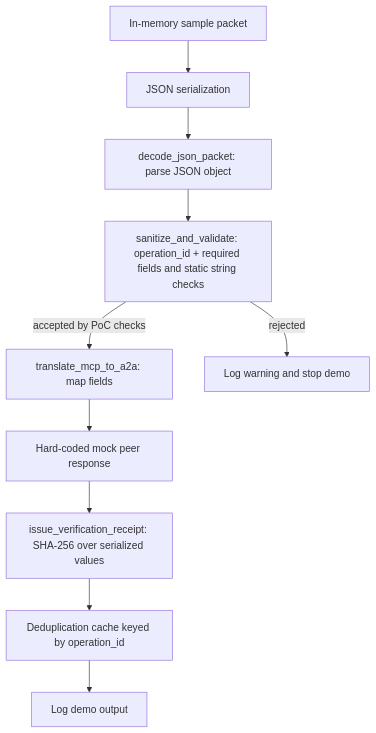
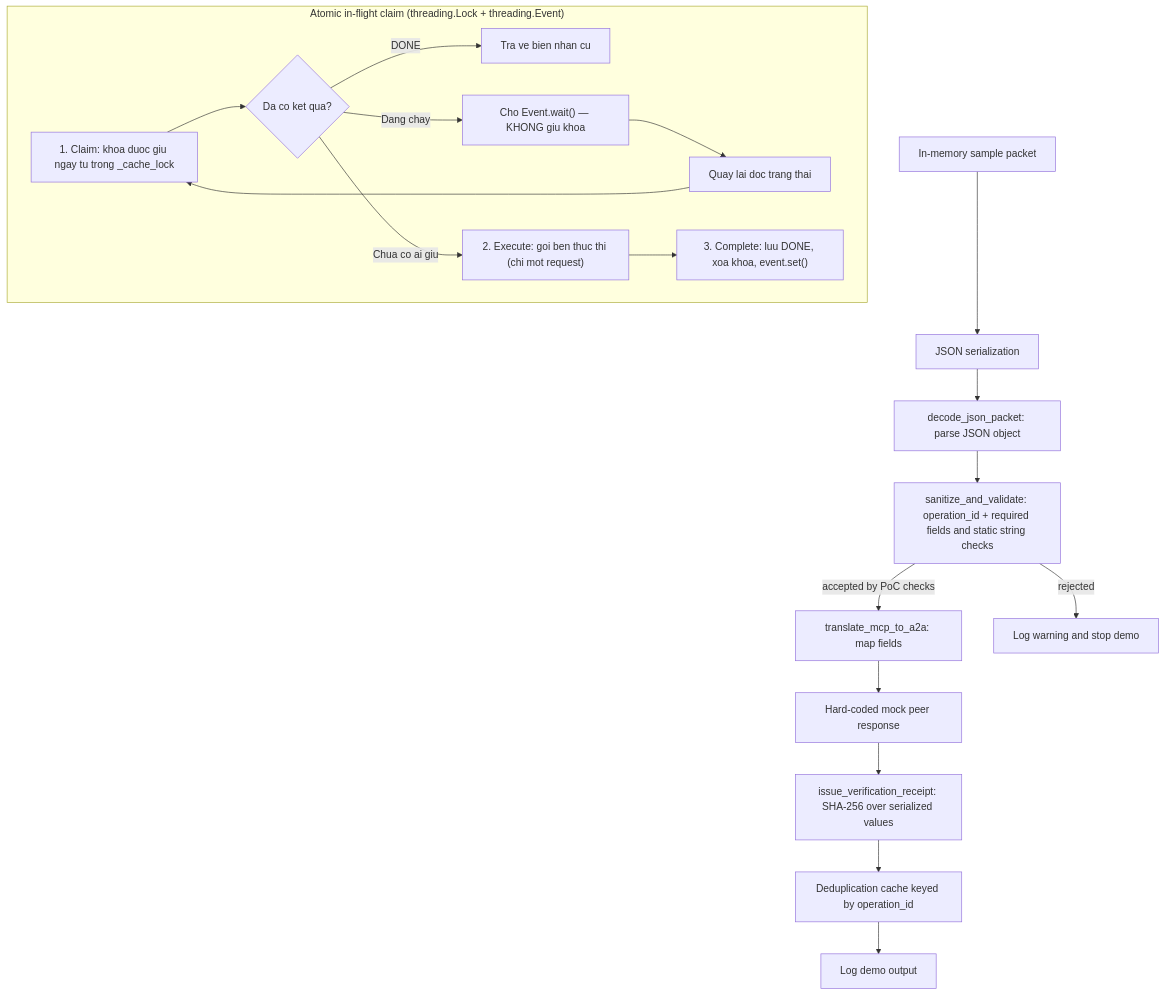
One commit to nan-nexus-network/ai2ai-core changed the diagram in ARCHITECTURE.md. Above: the diagram before and after it, drawn with Mermaid. The commit also changed other lines of this file and 7 other files, not shown here.

````diff
--- a/ARCHITECTURE.md
+++ b/ARCHITECTURE.md
@@ -9,12 +9,23 @@
 ```mermaid
 flowchart TD
     A[In-memory sample packet] --> B[JSON serialization]
     B --> C[decode_json_packet: parse JSON object]
     C --> D[sanitize_and_validate: operation_id + required fields and static string checks]
     D -->|accepted by PoC checks| E[translate_mcp_to_a2a: map fields]
     D -->|rejected| X[Log warning and stop demo]
     E --> F[Hard-coded mock peer response]
     F --> G[issue_verification_receipt: SHA-256 over serialized values]
     G --> H[Deduplication cache keyed by operation_id]
     H --> I[Log demo output]
+
+    subgraph IDEMPOTENCY["Atomic in-flight claim (threading.Lock + threading.Event)"]
+        direction LR
+        L1["1. Claim: khoa duoc giu ngay tu trong _cache_lock"] --> L2{"Da co ket qua?"}
+        L2 -->|DONE| L3["Tra ve bien nhan cu"]
+        L2 -->|Dang chay| L4["Cho Event.wait() — KHONG giu khoa"]
+        L4 --> L5["Quay lai doc trang thai"]
+        L5 --> L1
+        L2 -->|Chua co ai giu| L6["2. Execute: goi ben thuc thi (chi mot request)"]
+        L6 --> L7["3. Complete: luu DONE, xoa khoa, event.set()"]
+    end
 ```
````
